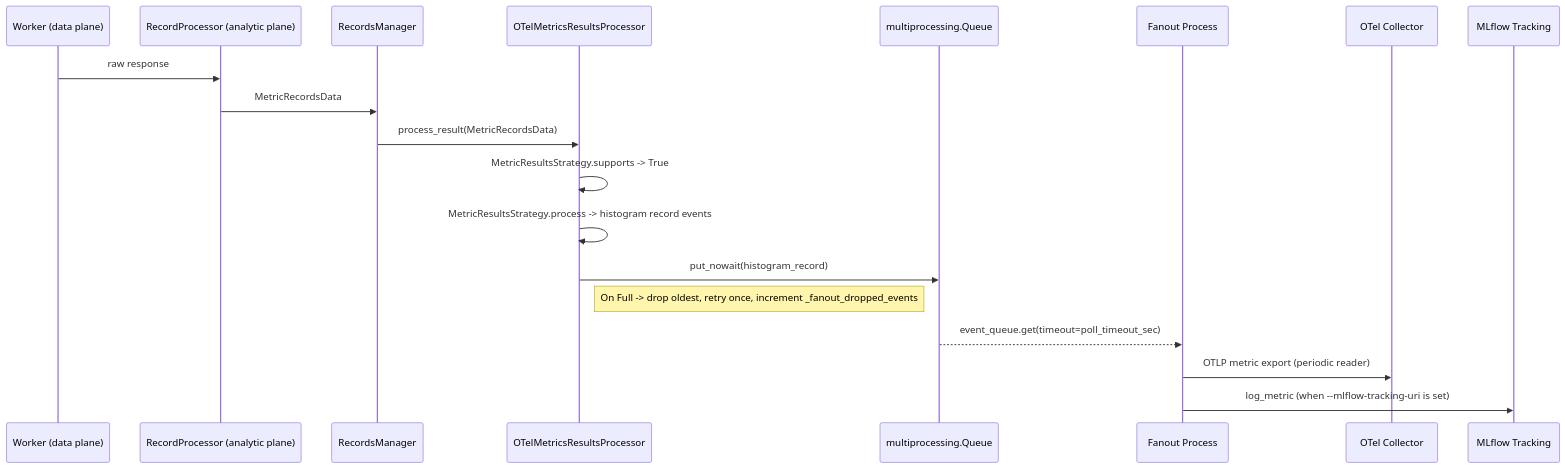
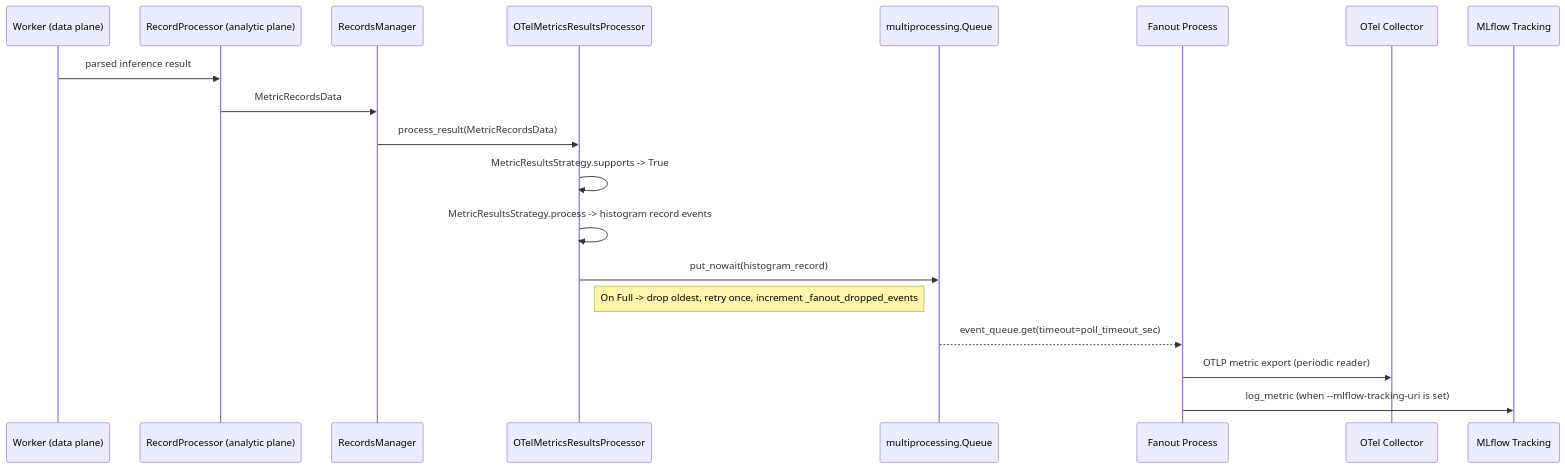
The third of 4 diagrams in docs/architecture.md (ai-dynamo/aiperf), drawn with Mermaid before and after one commit. The commit also changed other lines of this file and 8 other files, not shown here.

````diff
--- a/docs/architecture.md
+++ b/docs/architecture.md
@@ -363,22 +366,22 @@
 ```mermaid
 sequenceDiagram
     participant W as Worker (data plane)
     participant RP as RecordProcessor (analytic plane)
     participant RM as RecordsManager
     participant OP as OTelMetricsResultsProcessor
     participant Q as multiprocessing.Queue
     participant F as Fanout Process
     participant C as OTel Collector
     participant M as MLflow Tracking
 
-    W->>RP: raw response
+    W->>RP: parsed inference result
     RP->>RM: MetricRecordsData
     RM->>OP: process_result(MetricRecordsData)
     OP->>OP: MetricResultsStrategy.supports -> True
     OP->>OP: MetricResultsStrategy.process -> histogram record events
     OP->>Q: put_nowait(histogram_record)
     Note right of OP: On Full -> drop oldest, retry once, increment _fanout_dropped_events
     Q-->>F: event_queue.get(timeout=poll_timeout_sec)
     F->>C: OTLP metric export (periodic reader)
     F->>M: log_metric (when --mlflow-tracking-uri is set)
 ```
````
